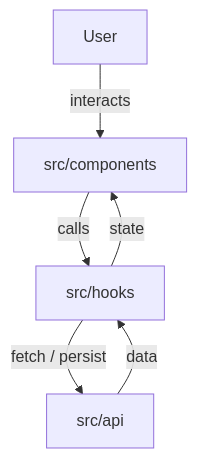
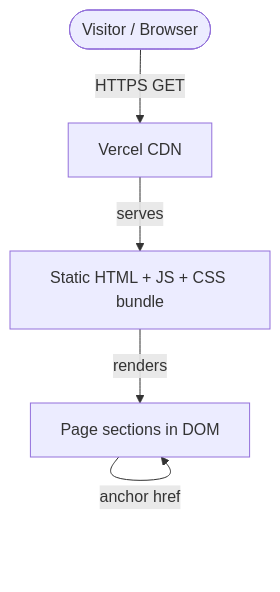
One commit to Offthearc/clawcon_bogota_landing_page changed the first of 4 diagrams in docs/architecture.md. Above: the diagram before and after it, drawn with Mermaid. The commit also changed other lines of this file and 6 other files, not shown here.

Commit message:
docs: add ClawCon Bogota architecture, design system, and feature list

````diff
--- a/docs/architecture.md
+++ b/docs/architecture.md
@@ -40,8 +90,11 @@
 ```mermaid
 flowchart TD
-    User -->|interacts| UI[src/components]
-    UI -->|calls| Hooks[src/hooks]
-    Hooks -->|fetch / persist| API[src/api]
-    API -->|data| Hooks
-    Hooks -->|state| UI
+    Visitor([Visitor / Browser])
+    Vercel[Vercel CDN]
+    Bundle[Static HTML + JS + CSS bundle]
+
+    Visitor -->|HTTPS GET| Vercel
+    Vercel -->|serves| Bundle
+    Bundle -->|renders| Sections[Page sections in DOM]
+    Sections -->|anchor href| Sections
 ```
````
